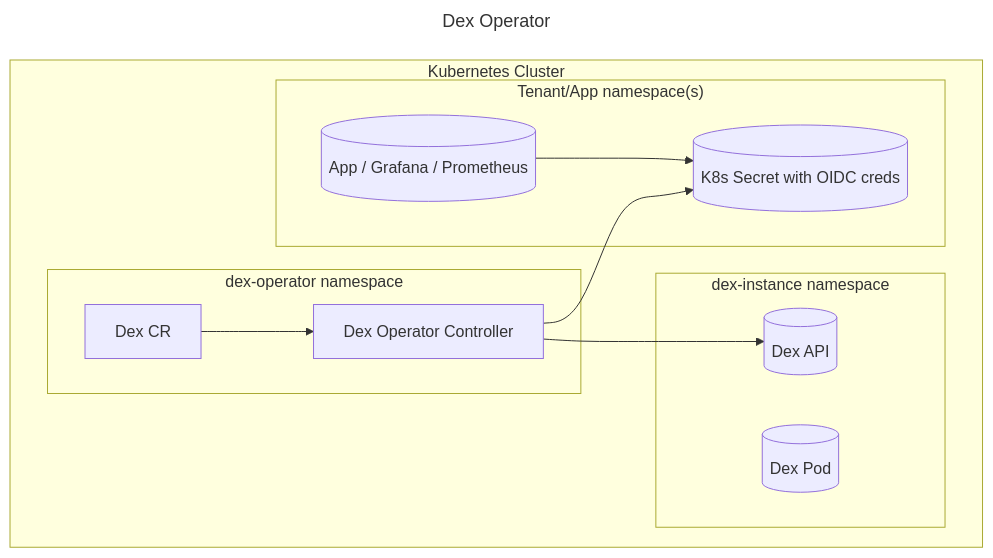
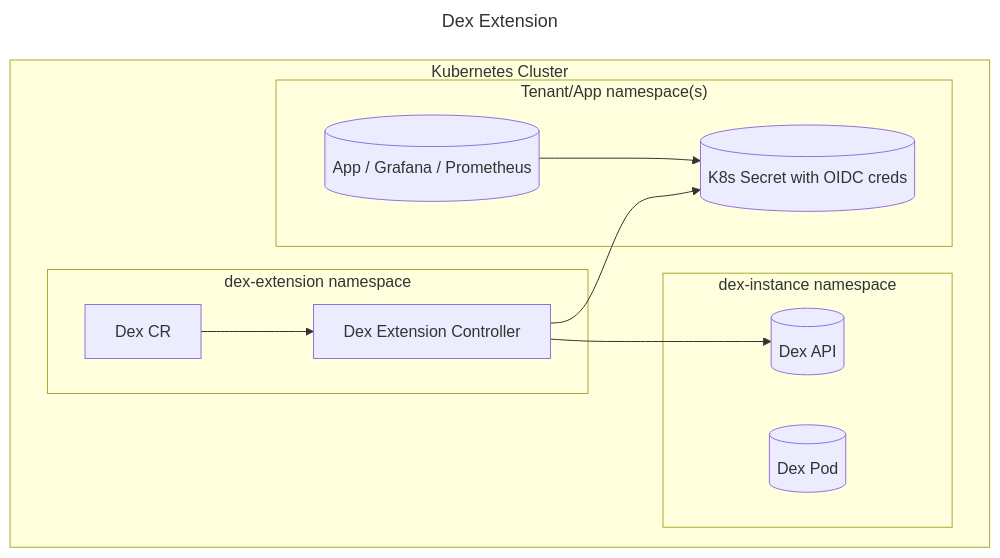
The first of 3 diagrams in content/integrations/dex/readme.md (stakater/mto-docs), drawn with Mermaid before and after one commit. The commit also changed other lines of this file, not shown here.

`````diff
--- a/content/integrations/dex/readme.md
+++ b/content/integrations/dex/readme.md
@@ -30,30 +87,30 @@
 ```mermaid
 ---
 config:
   layout: dagre
-title: Dex Operator
+title: Dex Extension
 ---
 flowchart TD
 
     subgraph Kubernetes Cluster
-      subgraph dex-operator [dex-operator namespace]
-        Operator[Dex Operator Controller]
+      subgraph dex-extension [dex-extension namespace]
+        Extension[Dex Extension Controller]
         DexCR[Dex CR]
       end
 
       subgraph dex [dex-instance namespace]
         DexPod[(Dex Pod)]
         DexAPI[(Dex API)]
       end
 
       subgraph tenant-ns ["Tenant/App namespace(s)"]
         App[(App / Grafana / Prometheus)]
         Secret[(K8s Secret with OIDC creds)]
       end
     end
 
-    DexCR --> Operator
-    Operator --> DexAPI
-    Operator --> Secret
+    DexCR --> Extension
+    Extension --> DexAPI
+    Extension --> Secret
     App --> Secret
 ````
`````
